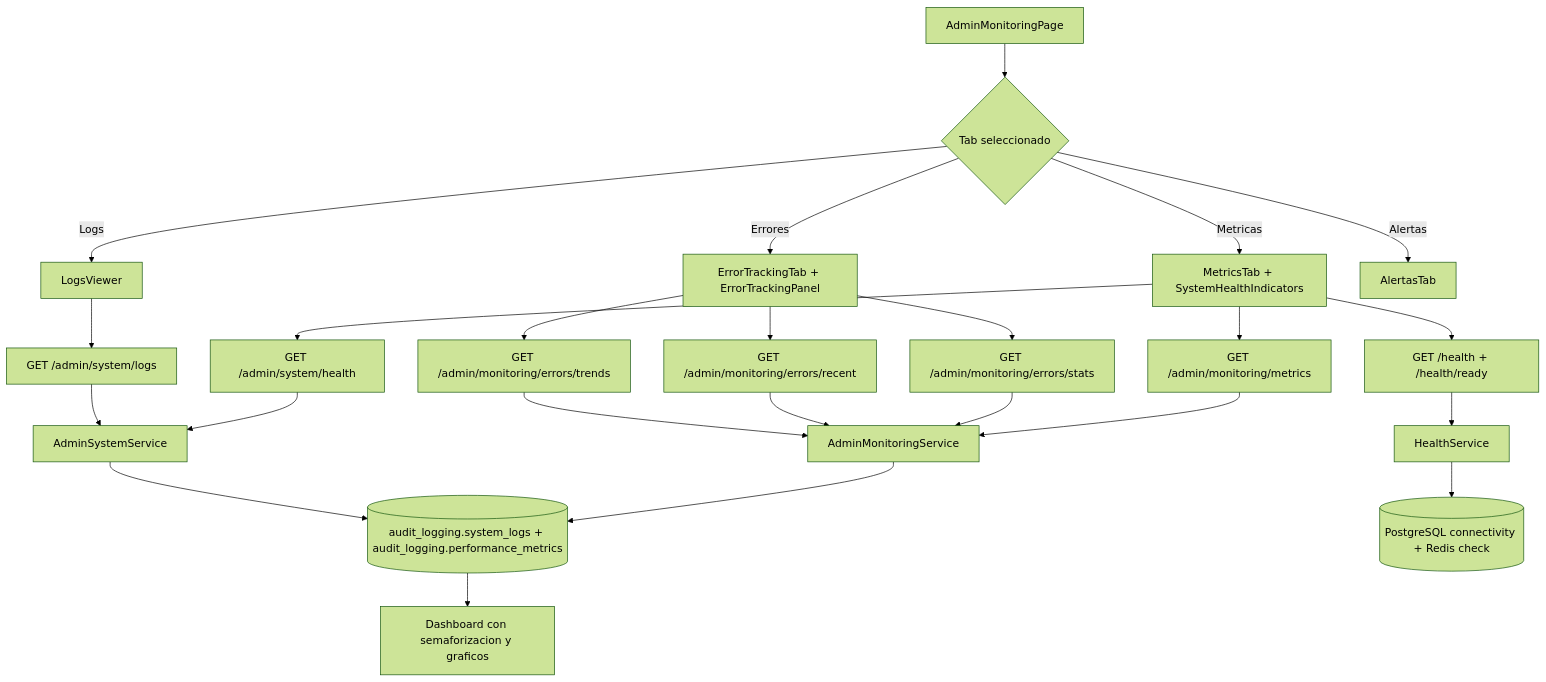
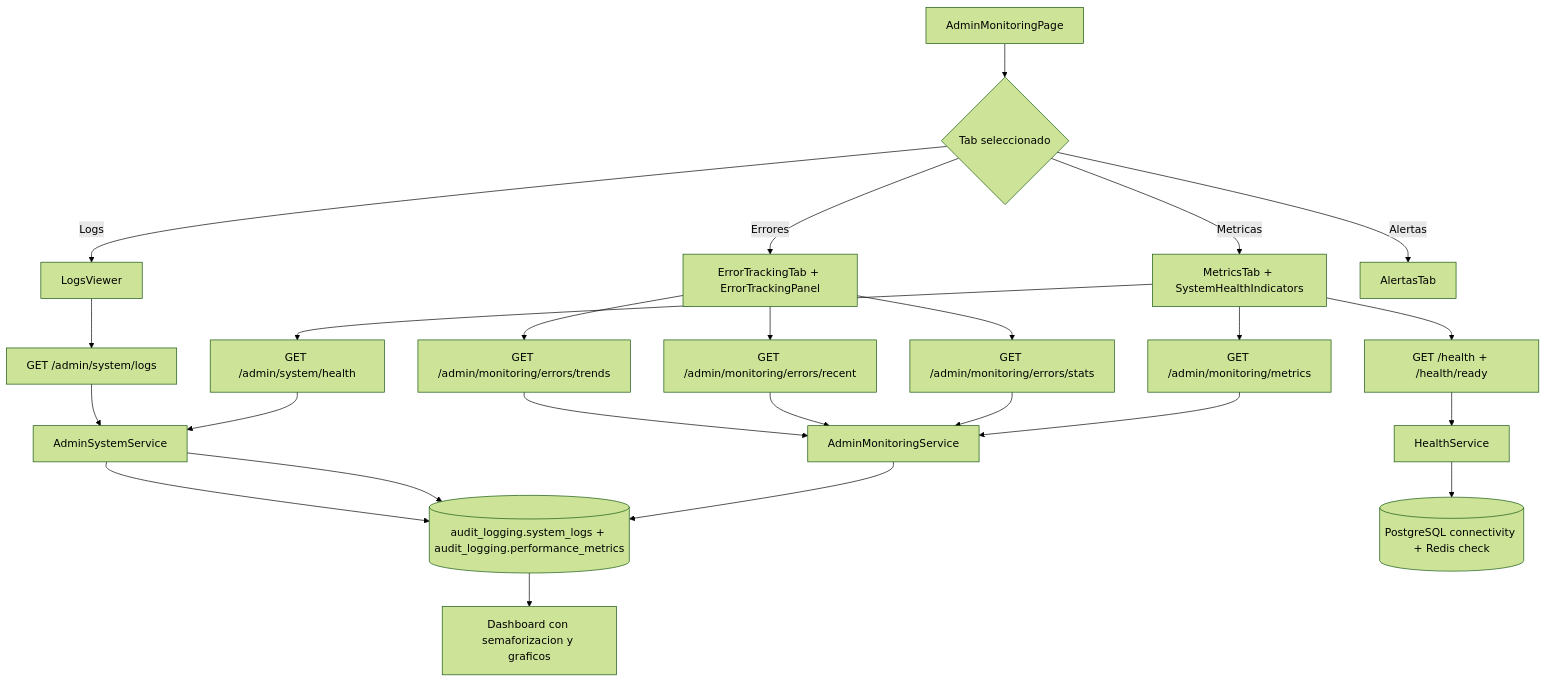
One commit to rckrdmrd/gamilit-workspace changed the diagram in docs/30-ux-ui/flujos/admin/FLUJO-MONITOREO-SISTEMA.md. Above: the diagram before and after it, drawn with Mermaid (forest theme). The commit also changed other lines of this file and 2437 other files, not shown here.

````diff
--- a/docs/30-ux-ui/flujos/admin/FLUJO-MONITOREO-SISTEMA.md
+++ b/docs/30-ux-ui/flujos/admin/FLUJO-MONITOREO-SISTEMA.md
@@ -24,26 +32,27 @@
 ```mermaid
 flowchart TD
     page[AdminMonitoringPage] --> tabs{Tab seleccionado}
     tabs -->|Metricas| metricsTab[MetricsTab + SystemHealthIndicators]
     tabs -->|Errores| errorsTab[ErrorTrackingTab + ErrorTrackingPanel]
     tabs -->|Logs| logsTab[LogsViewer]
     tabs -->|Alertas| alertsTab[AlertasTab]
     metricsTab --> apiMetrics["GET /admin/monitoring/metrics"]
     metricsTab --> apiHealth["GET /health + /health/ready"]
     metricsTab --> apiSysHealth["GET /admin/system/health"]
     errorsTab --> apiErrors["GET /admin/monitoring/errors/stats"]
     errorsTab --> apiRecent["GET /admin/monitoring/errors/recent"]
     errorsTab --> apiTrends["GET /admin/monitoring/errors/trends"]
     logsTab --> apiLogs["GET /admin/system/logs"]
     apiMetrics --> monService[AdminMonitoringService]
     apiHealth --> healthService[HealthService]
     apiSysHealth --> sysService[AdminSystemService]
     apiErrors --> monService
     apiRecent --> monService
     apiTrends --> monService
     apiLogs --> sysService
     monService --> db[(audit_logging.system_logs + audit_logging.performance_metrics)]
+    sysService --> db
     healthService --> dbCheck[(PostgreSQL connectivity + Redis check)]
     sysService --> db
     db --> ui[Dashboard con semaforizacion y graficos]
 ```
````
